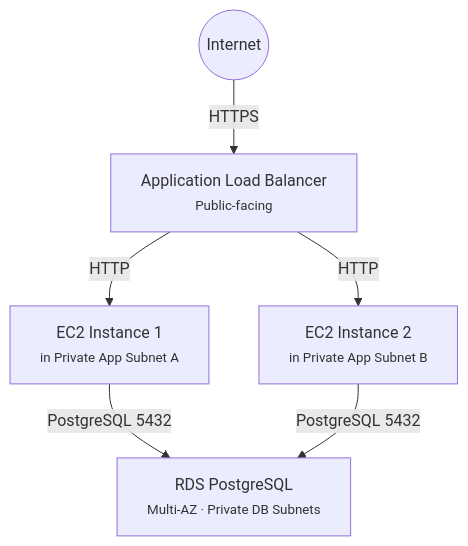
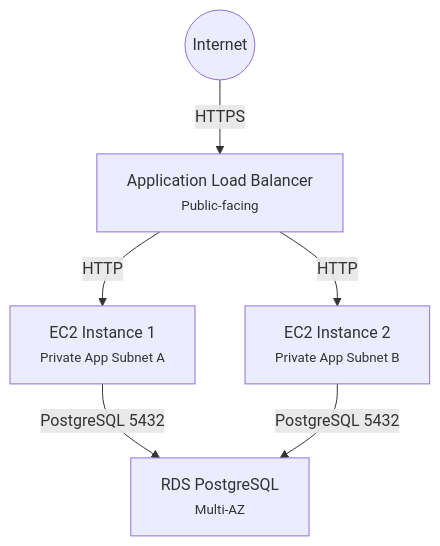
One commit to josephpipitone/megazone-cloud-tech-assessment changed the diagram in appstack-C3/README.md. Above: the diagram before and after it, drawn with Mermaid.

Commit message:
fix: working on mermaid

````diff
--- a/appstack-C3/README.md
+++ b/appstack-C3/README.md
@@ -13,15 +13,15 @@
 ```mermaid
-graph TB
+graph TD
     Internet((Internet))
     ALB[Application Load Balancer<br/><small>Public-facing</small>]
-    EC2_1[EC2 Instance 1<br/><small>in Private App Subnet A</small>]
-    EC2_2[EC2 Instance 2<br/><small>in Private App Subnet B</small>]
-    RDS[RDS PostgreSQL<br/><small>Multi-AZ · Private DB Subnets</small>]
+    EC2_1[EC2 Instance 1<br/><small>Private App Subnet A</small>]
+    EC2_2[EC2 Instance 2<br/><small>Private App Subnet B</small>]
+    RDS[RDS PostgreSQL<br/><small>Multi-AZ</small>]
 
     Internet -->|HTTPS| ALB
     ALB -->|HTTP| EC2_1
     ALB -->|HTTP| EC2_2
 
     EC2_1 -->|PostgreSQL 5432| RDS
     EC2_2 -->|PostgreSQL 5432| RDS
 ```
````
